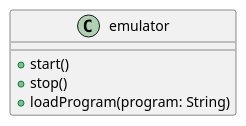
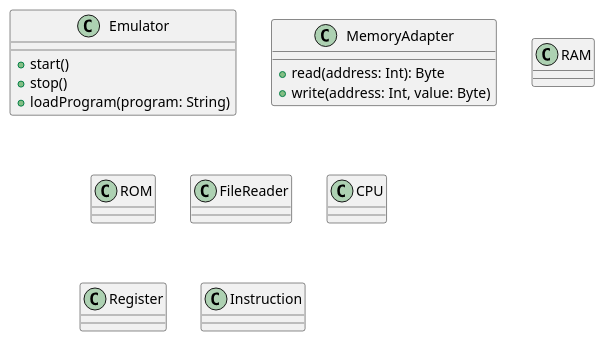
One commit to quality-liquid/cs5700-assn4-computer-emulator changed the diagram in doc/uml/emulator.plantuml. Above: the diagram before and after it, drawn with PlantUML.

Commit message:
blocked out needed classes

```diff
--- a/doc/uml/emulator.plantuml
+++ b/doc/uml/emulator.plantuml
@@ -1,5 +1,19 @@
-class emulator {
+class Emulator {
   +start()
   +stop()
   +loadProgram(program: String)
 }
+
+class MemoryAdapter {
+  +read(address: Int): Byte
+  +write(address: Int, value: Byte)
+}
+
+class RAM {}
+class ROM {}
+class FileReader {}
+
+class CPU {}
+class Register {}
+
+class Instruction {}
```
